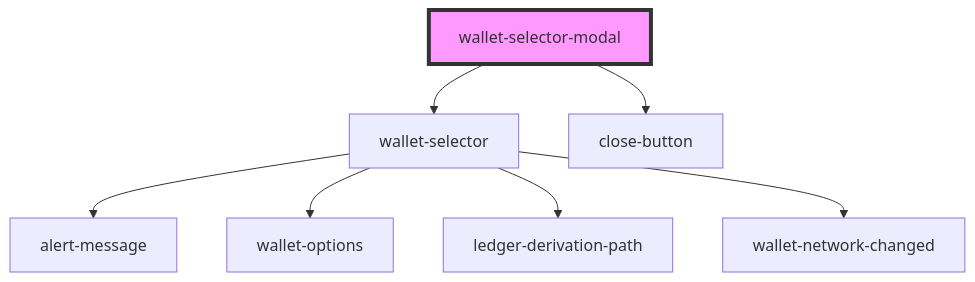
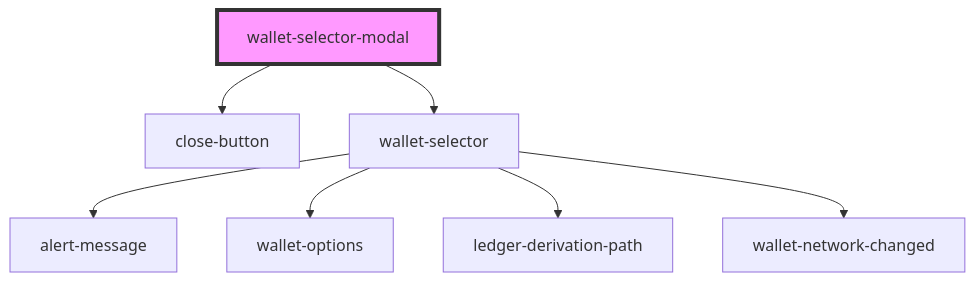
One commit to near/wallet-selector changed the diagram in packages/selector-ui/src/components/wallet-selector-modal/readme.md. Above: the diagram before and after it, drawn with Mermaid. The commit also changed other lines of this file and 4 other files, not shown here.

Commit message:
Moved title and close button to wallet-selector-modal

````diff
--- a/packages/selector-ui/src/components/wallet-selector-modal/readme.md
+++ b/packages/selector-ui/src/components/wallet-selector-modal/readme.md
@@ -63,10 +63,10 @@
 ```mermaid
 graph TD;
+  wallet-selector-modal --> close-button
   wallet-selector-modal --> wallet-selector
-  wallet-selector-modal --> close-button
   wallet-selector --> alert-message
   wallet-selector --> wallet-options
   wallet-selector --> ledger-derivation-path
   wallet-selector --> wallet-network-changed
   style wallet-selector-modal fill:#f9f,stroke:#333,stroke-width:4px
 ```
````
